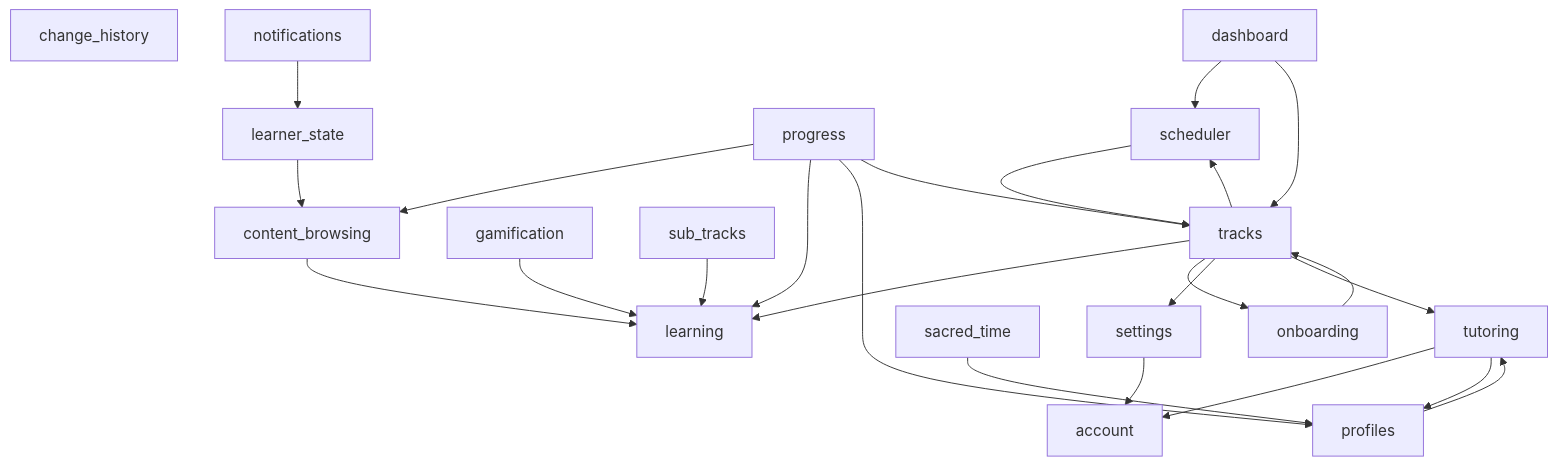
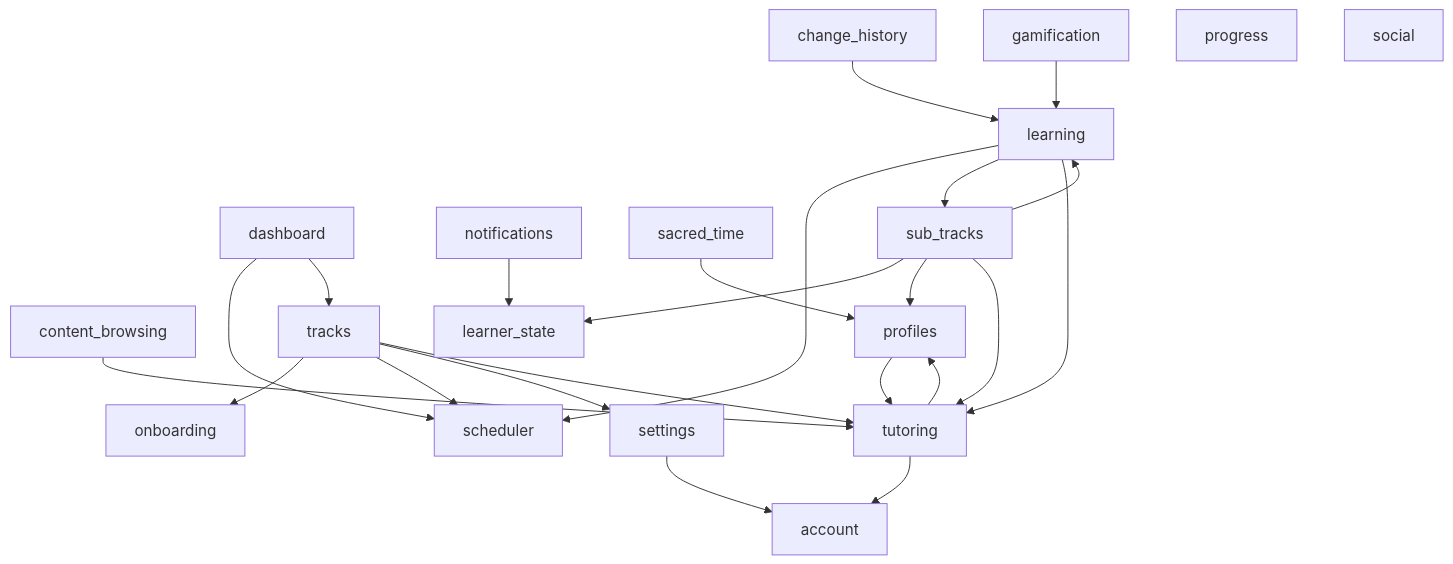
Before and after one commit to dniasoff/learning-tracker: the second of 4 diagrams in docs/architecture.md, drawn with Mermaid. The commit also changed other lines of this file and 2 other files, not shown here.

Commit message:
Add social mirror tests and refresh feature graph

````diff
--- a/docs/architecture.md
+++ b/docs/architecture.md
@@ -240,44 +240,44 @@
 ```mermaid
 graph TD
     account["account"]
     change_history["change_history"]
     content_browsing["content_browsing"]
     dashboard["dashboard"]
     gamification["gamification"]
     learner_state["learner_state"]
     learning["learning"]
     notifications["notifications"]
     onboarding["onboarding"]
     profiles["profiles"]
     progress["progress"]
     sacred_time["sacred_time"]
     scheduler["scheduler"]
     settings["settings"]
+    social["social"]
     sub_tracks["sub_tracks"]
     tracks["tracks"]
     tutoring["tutoring"]
 
-    content_browsing --> learning
+    change_history --> learning
+    content_browsing --> tutoring
     dashboard --> scheduler
     dashboard --> tracks
     gamification --> learning
-    learner_state --> content_browsing
+    learning --> scheduler
+    learning --> sub_tracks
+    learning --> tutoring
     notifications --> learner_state
-    onboarding --> tracks
     profiles --> tutoring
-    progress --> content_browsing
-    progress --> learning
-    progress --> profiles
-    progress --> tracks
     sacred_time --> profiles
-    scheduler --> tracks
     settings --> account
-    tracks --> learning
+    sub_tracks --> learner_state
     sub_tracks --> learning
+    sub_tracks --> profiles
+    sub_tracks --> tutoring
     tracks --> onboarding
     tracks --> scheduler
     tracks --> settings
     tracks --> tutoring
     tutoring --> account
     tutoring --> profiles
 ```
````
